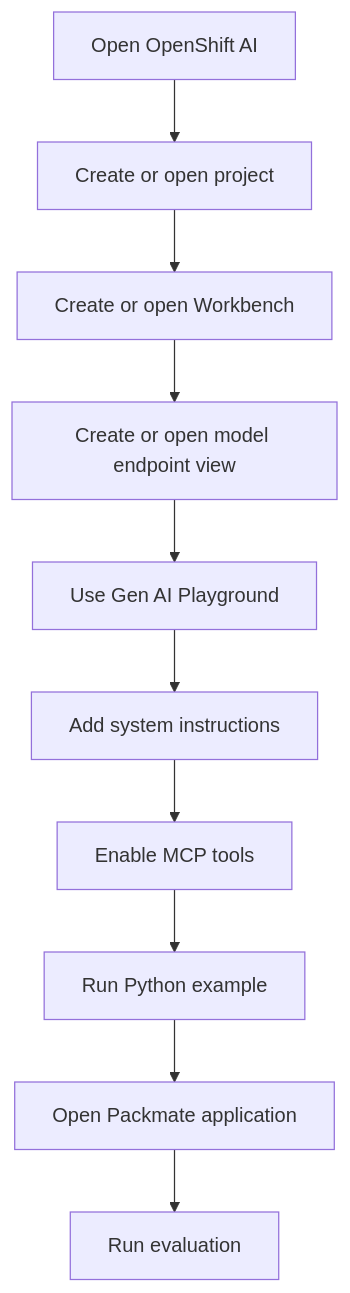
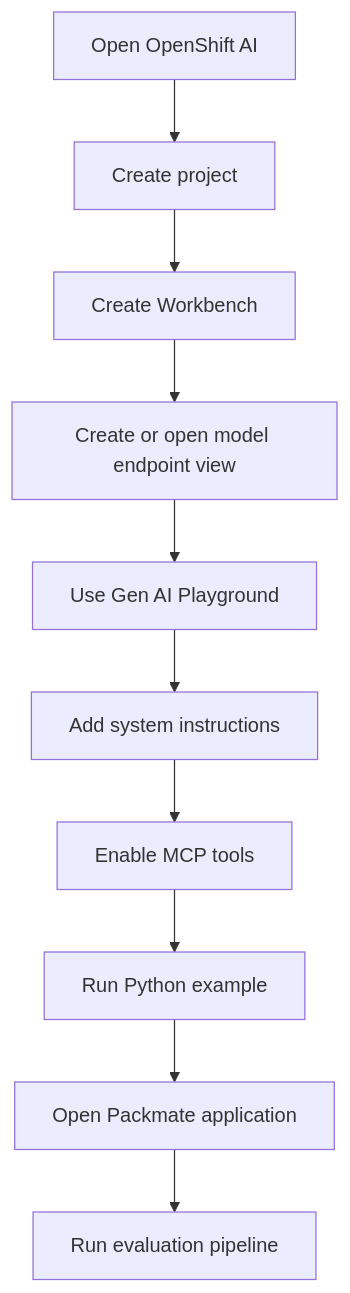
Before and after one commit to Lindagh1/packmate-rhoai-35-workshop: the first of 7 diagrams in workshop/ARCHITECTURE.md, drawn with Mermaid. The commit also changed other lines of this file and 8 other files, not shown here.

Commit message:
Add pipeline-based workshop evaluation flow

````diff
--- a/workshop/ARCHITECTURE.md
+++ b/workshop/ARCHITECTURE.md
@@ -22,12 +22,12 @@
 ```mermaid
 flowchart TD
-  A[Open OpenShift AI] --> B[Create or open project]
-  B --> C[Create or open Workbench]
+  A[Open OpenShift AI] --> B[Create project]
+  B --> C[Create Workbench]
   C --> D[Create or open model endpoint view]
   D --> E[Use Gen AI Playground]
   E --> F[Add system instructions]
   F --> G[Enable MCP tools]
   G --> H[Run Python example]
   H --> I[Open Packmate application]
-  I --> J[Run evaluation]
+  I --> J[Run evaluation pipeline]
 ```
````
